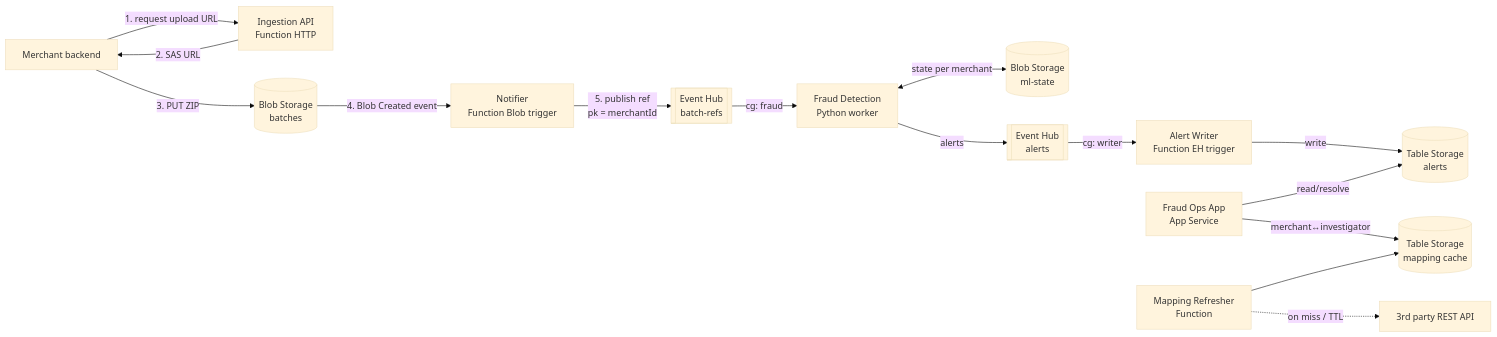
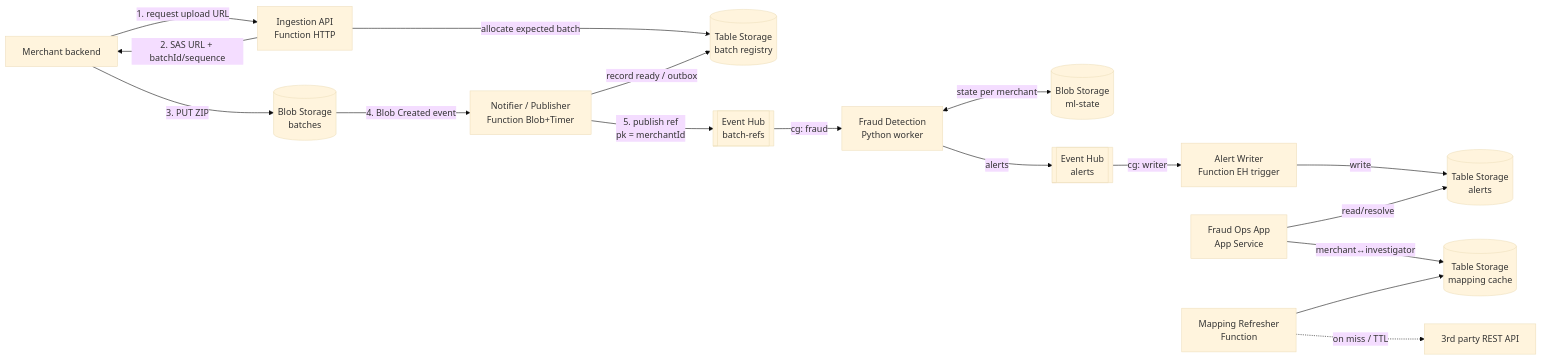
The diagram in semestral-project-assignment-b.md (martinlejko/IoT_project), drawn with Mermaid (base theme) before and after one commit. The commit also changed other lines of this file and 1 other file, not shown here.

````diff
--- a/semestral-project-assignment-b.md
+++ b/semestral-project-assignment-b.md
@@ -29,20 +29,22 @@
 ```mermaid
 flowchart LR
     M[Merchant backend] -->|1. request upload URL| ING[Ingestion API\nFunction HTTP]
-    ING -->|2. SAS URL| M
+    ING -->|2. SAS URL + batchId/sequence| M
     M -->|3. PUT ZIP| BLOB[(Blob Storage\nbatches)]
-    BLOB -->|4. Blob Created event| NOTIFY[Notifier\nFunction Blob trigger]
+    BLOB -->|4. Blob Created event| NOTIFY[Notifier / Publisher\nFunction Blob+Timer]
+    ING -->|allocate expected batch| REG[(Table Storage\nbatch registry)]
+    NOTIFY -->|record ready / outbox| REG[(Table Storage\nbatch registry)]
     NOTIFY -->|5. publish ref\npk = merchantId| EH[[Event Hub\nbatch-refs]]
 
     EH -->|cg: fraud| FD[Fraud Detection\nPython worker]
     FD <-->|state per merchant| STATE[(Blob Storage\nml-state)]
     FD -->|alerts| EHA[[Event Hub\nalerts]]
 
     EHA -->|cg: writer| AW[Alert Writer\nFunction EH trigger]
     AW -->|write| ALERTS[(Table Storage\nalerts)]
 
     APP[Fraud Ops App\nApp Service] -->|read/resolve| ALERTS
     APP -->|merchant↔investigator| CACHE[(Table Storage\nmapping cache)]
     REFRESH[Mapping Refresher\nFunction] --> CACHE
     REFRESH -.->|on miss / TTL| THIRD[3rd party REST API]
 ```
````
